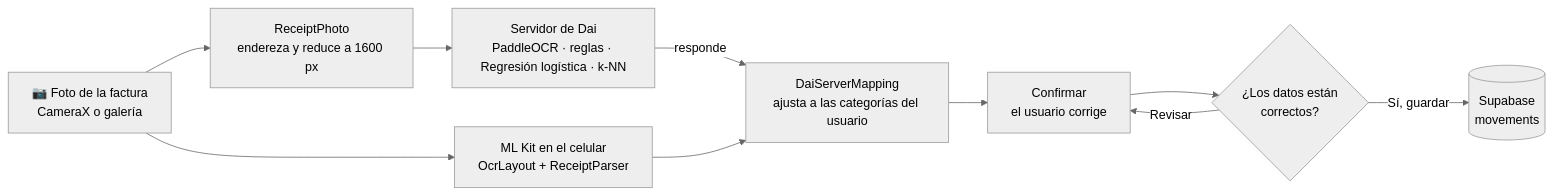
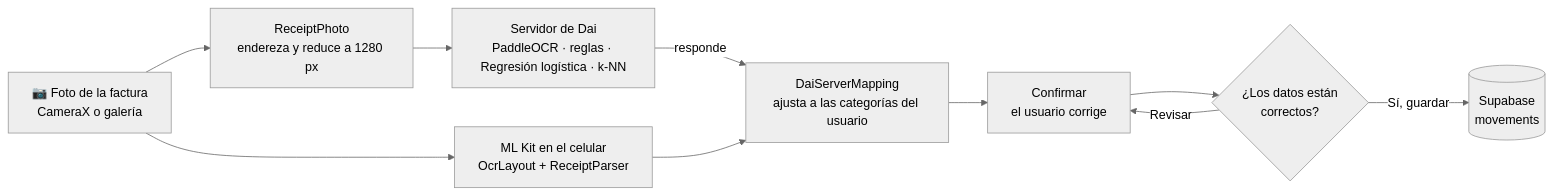
The first of 3 diagrams in README.md (Mikemil0/PocketPal), drawn with Mermaid (neutral theme) before and after one commit. The commit also changed 3 other files, not shown here.

````diff
--- a/README.md
+++ b/README.md
@@ -108,12 +108,12 @@
 ```mermaid
 flowchart LR
-    A[📷 Foto de la factura<br/>CameraX o galería] --> P[ReceiptPhoto<br/>endereza y reduce a 1600 px]
+    A[📷 Foto de la factura<br/>CameraX o galería] --> P[ReceiptPhoto<br/>endereza y reduce a 1280 px]
     A --> B[ML Kit en el celular<br/>OcrLayout + ReceiptParser]
     P --> S[Servidor de Dai<br/>PaddleOCR · reglas · Regresión logística · k-NN]
     S -- responde --> M[DaiServerMapping<br/>ajusta a las categorías del usuario]
     B --> M
     M --> E[Confirmar<br/>el usuario corrige]
     E --> F{¿Los datos están<br/>correctos?}
     F -- Sí, guardar --> G[(Supabase<br/>movements)]
     F -- Revisar --> E
 ```
````
